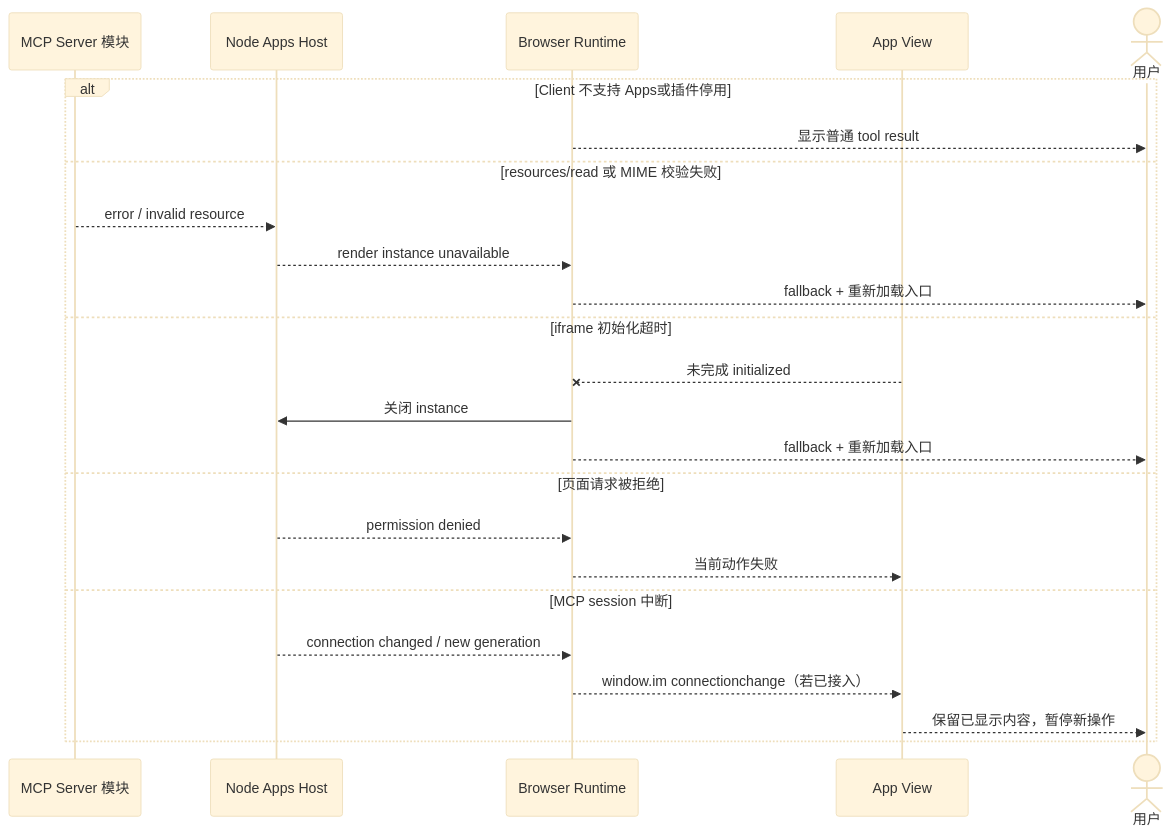
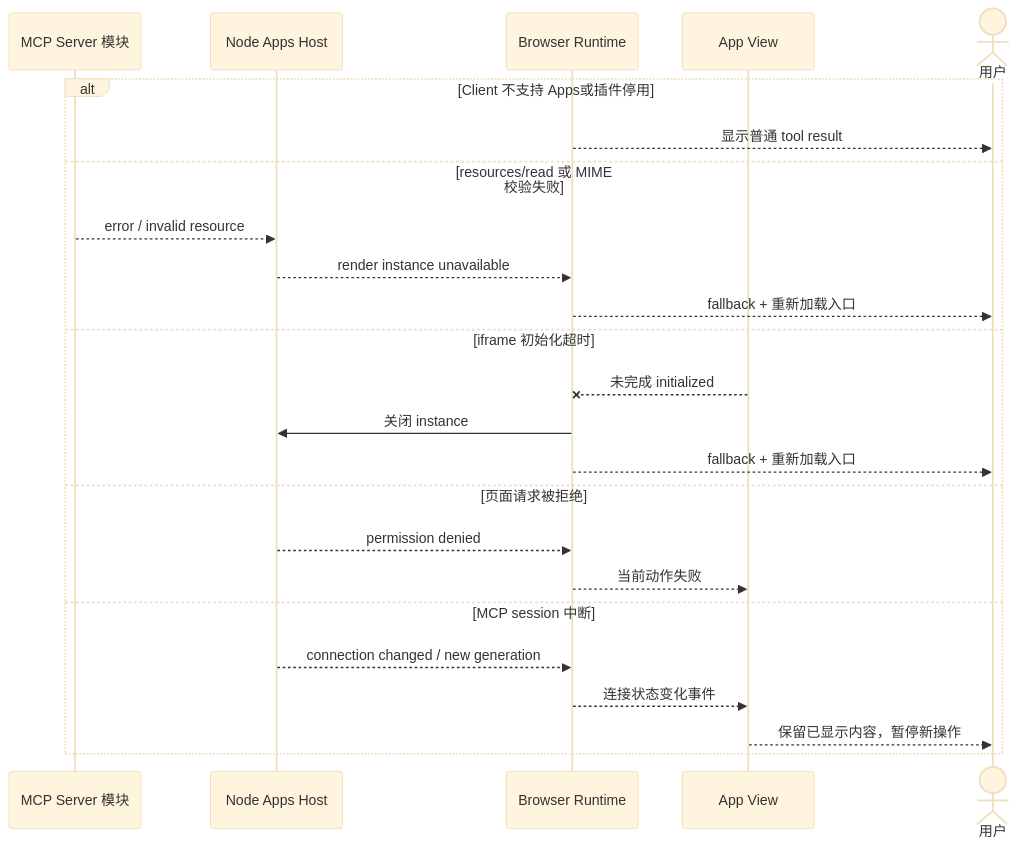
The sixth of 6 diagrams in docs/design/claude-agent/mcp-apps-iframe-interaction.md (glide-the/im-dream), drawn with Mermaid (base theme) before and after one commit. The commit also changed other lines of this file and 6 other files, not shown here.

````diff
--- a/docs/design/claude-agent/mcp-apps-iframe-interaction.md
+++ b/docs/design/claude-agent/mcp-apps-iframe-interaction.md
@@ -220,27 +220,27 @@
 ```mermaid
 sequenceDiagram
     participant S as MCP Server 模块
     participant N as Node Apps Host
     participant B as Browser Runtime
     participant V as App View
     actor U as 用户
 
     alt Client 不支持 Apps或插件停用
         B-->>U: 显示普通 tool result
     else resources/read 或 MIME 校验失败
         S-->>N: error / invalid resource
         N-->>B: render instance unavailable
         B-->>U: fallback + 重新加载入口
     else iframe 初始化超时
         V--xB: 未完成 initialized
         B->>N: 关闭 instance
         B-->>U: fallback + 重新加载入口
     else 页面请求被拒绝
         N-->>B: permission denied
         B-->>V: 当前动作失败
     else MCP session 中断
         N-->>B: connection changed / new generation
-        B-->>V: window.im connectionchange（若已接入）
+        B-->>V: 连接状态变化事件
         V-->>U: 保留已显示内容，暂停新操作
     end
 ```
````
